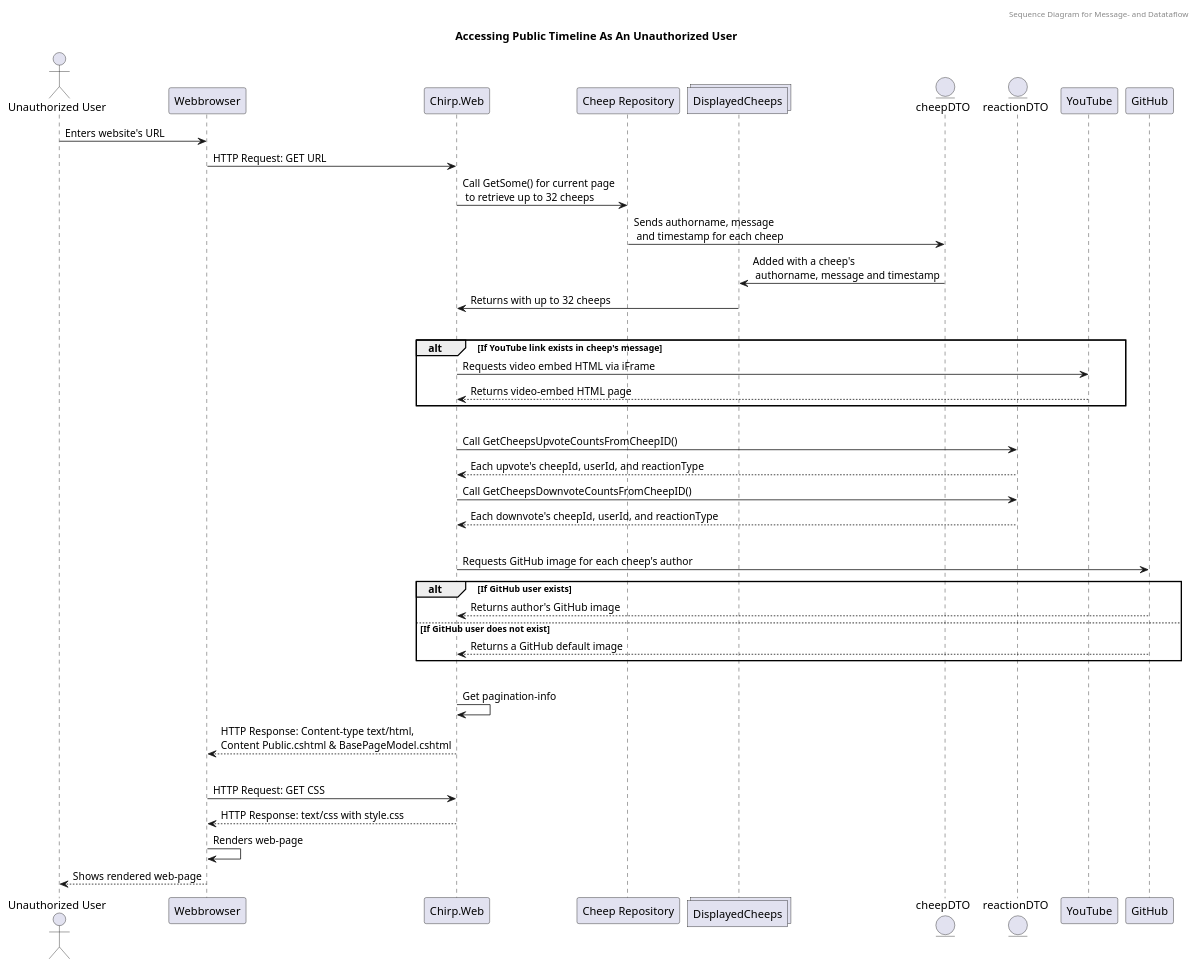
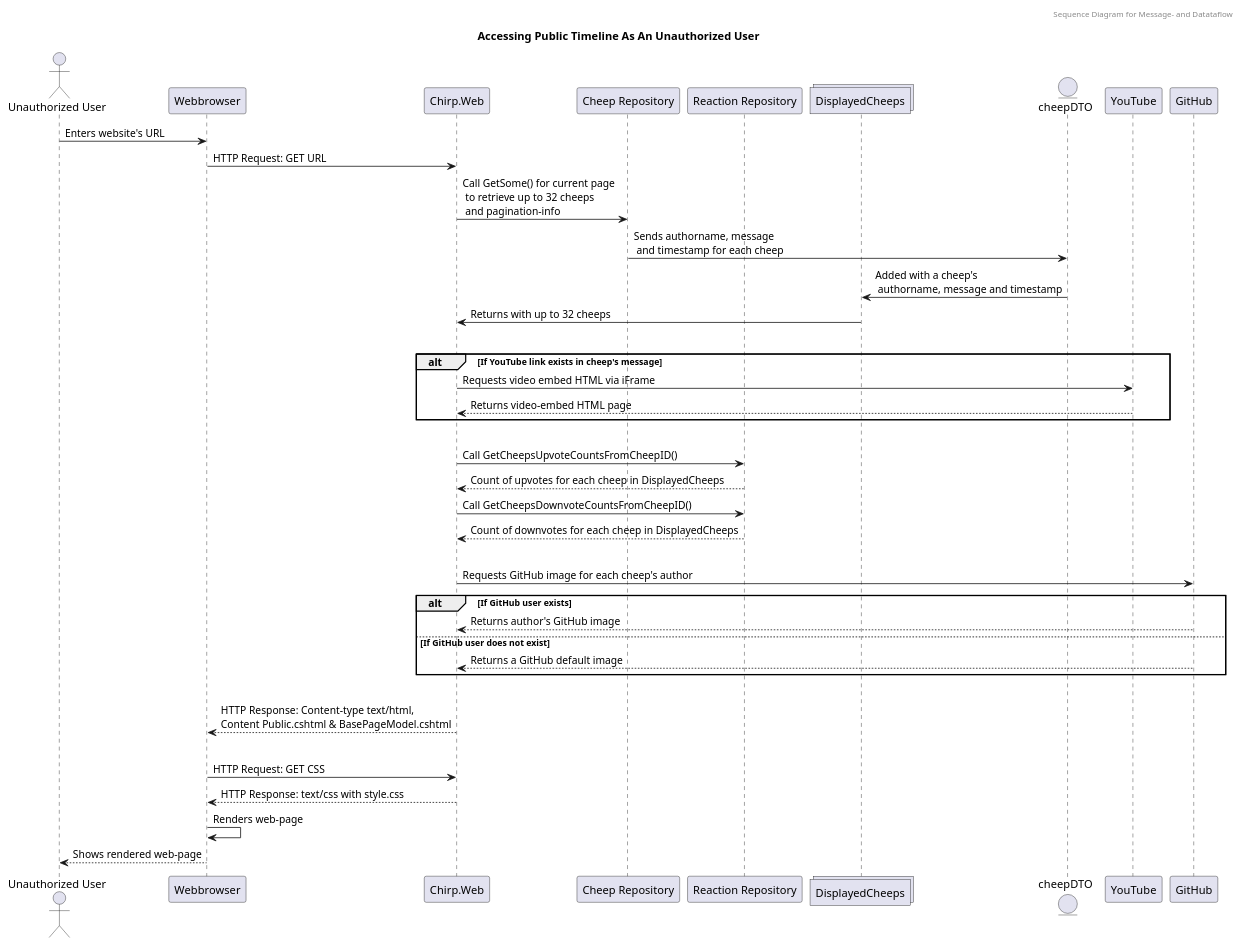
Before and after one commit to ITU-BDSA23-GROUP10/Chirp: the diagram in docs/report_diagrams/UML_sequence_diagrams/msg_data_flow_UML_seq.puml, drawn with PlantUML.

Commit message:
Fixed ReactionRepo and pagination-info to be properly described.

```diff
--- a/docs/report_diagrams/UML_sequence_diagrams/msg_data_flow_UML_seq.puml
+++ b/docs/report_diagrams/UML_sequence_diagrams/msg_data_flow_UML_seq.puml
@@ -1,50 +1,49 @@
 @startuml
 header Sequence Diagram for Message- and Datataflow
 Title Accessing Public Timeline As An Unauthorized User
 
 
 actor "Unauthorized User" as UnauthorizedUser
 participant "Webbrowser" as Browser
 participant "Chirp.Web" as ChirpWeb
 participant "Cheep Repository" as CheepRepo
+participant "Reaction Repository" as ReactionRepo
 collections DisplayedCheeps as CheepsList
 entity cheepDTO as CheepDTO
-entity reactionDTO as ReactionDTO
+
 
 UnauthorizedUser -> Browser: Enters website's URL
 Browser -> ChirpWeb: HTTP Request: GET URL
 
-ChirpWeb -> CheepRepo: Call GetSome() for current page\n to retrieve up to 32 cheeps
+ChirpWeb -> CheepRepo: Call GetSome() for current page\n to retrieve up to 32 cheeps\n and pagination-info
 CheepRepo -> CheepDTO: Sends authorname, message \n and timestamp for each cheep
 CheepDTO -> CheepsList: Added with a cheep's \n authorname, message and timestamp
 CheepsList -> ChirpWeb: Returns with up to 32 cheeps
 |||
 alt If YouTube link exists in cheep's message
     ChirpWeb -> YouTube: Requests video embed HTML via iFrame
     YouTube --> ChirpWeb: Returns video-embed HTML page
 end
 |||
-ChirpWeb -> ReactionDTO: Call GetCheepsUpvoteCountsFromCheepID()
-Return Each upvote's cheepId, userId, and reactionType
-ChirpWeb -> ReactionDTO: Call GetCheepsDownvoteCountsFromCheepID()
-Return Each downvote's cheepId, userId, and reactionType
+ChirpWeb -> ReactionRepo: Call GetCheepsUpvoteCountsFromCheepID()
+Return Count of upvotes for each cheep in DisplayedCheeps
+ChirpWeb -> ReactionRepo: Call GetCheepsDownvoteCountsFromCheepID()
+Return Count of downvotes for each cheep in DisplayedCheeps
 |||
 
 ChirpWeb -> GitHub: Requests GitHub image for each cheep's author
 alt If GitHub user exists
     GitHub --> ChirpWeb: Returns author's GitHub image
 else If GitHub user does not exist
     GitHub --> ChirpWeb: Returns a GitHub default image
 end
 |||
 
-ChirpWeb -> ChirpWeb: Get pagination-info
-
 ChirpWeb --> Browser: HTTP Response: Content-type text/html,\nContent Public.cshtml & BasePageModel.cshtml
 |||
 
 Browser -> ChirpWeb: HTTP Request: GET CSS
 ChirpWeb --> Browser: HTTP Response: text/css with style.css
 Browser -> Browser: Renders web-page
 Browser --> UnauthorizedUser: Shows rendered web-page
 @enduml
```
